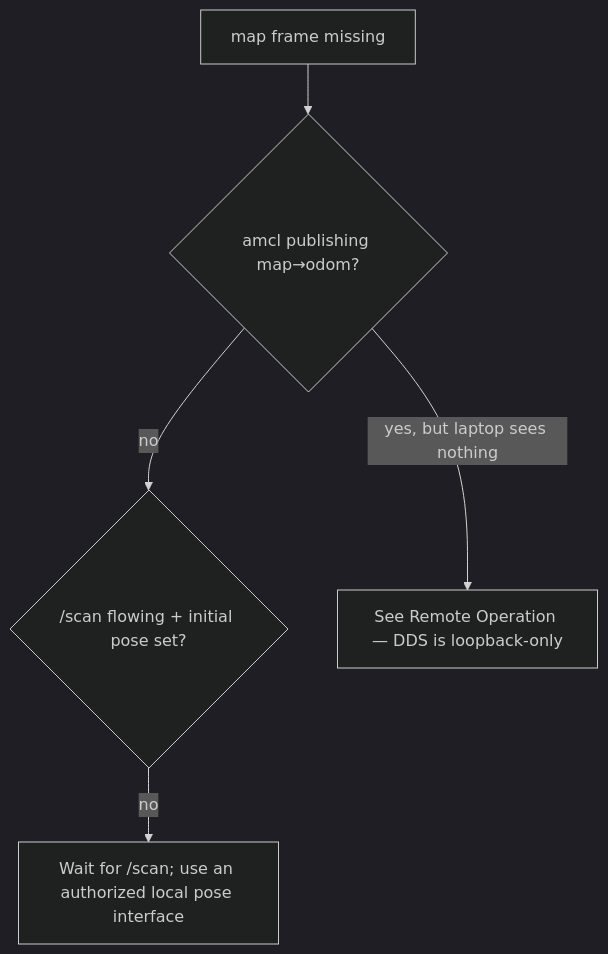
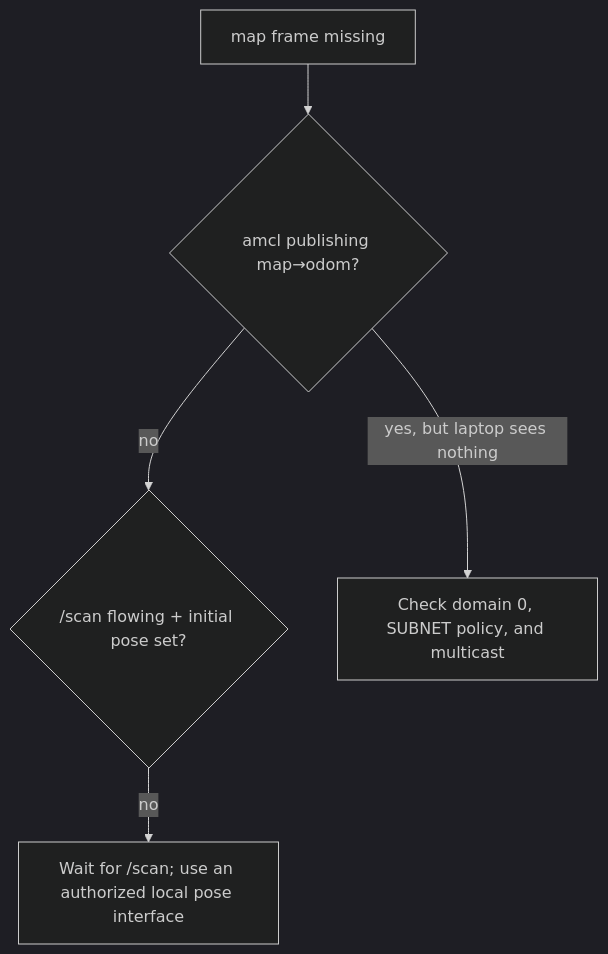
One commit to cmu-impactlab/patrolbot changed the diagram in docs/development/debugging.md. Above: the diagram before and after it, drawn with Mermaid (dark theme). The commit also changed other lines of this file and 15 other files, not shown here.

````diff
--- a/docs/development/debugging.md
+++ b/docs/development/debugging.md
@@ -33,7 +33,7 @@
 ```mermaid
 flowchart TB
     A["map frame missing"] --> C{amcl publishing map→odom?}
     C -->|no| D{/scan flowing + initial pose set?}
     D -->|no| FIX2["Wait for /scan; use an authorized local pose interface"]
-    C -->|yes, but laptop sees nothing| FIX3["See Remote Operation — DDS is loopback-only"]
+    C -->|yes, but laptop sees nothing| FIX3["Check domain 0, SUBNET policy, and multicast"]
 ```
````
